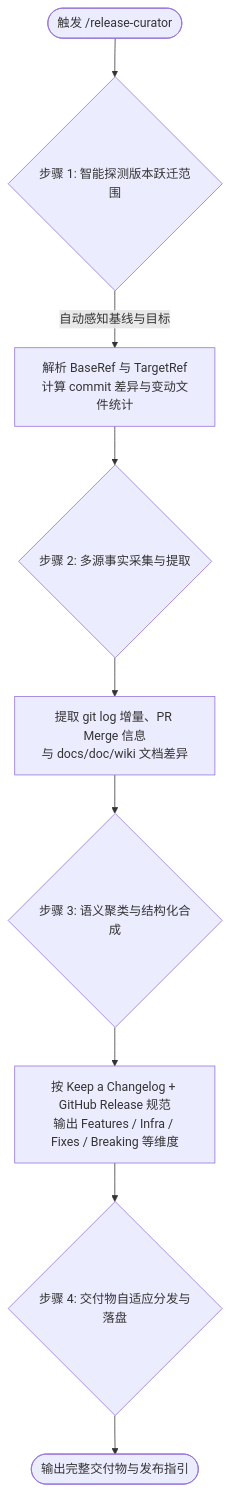
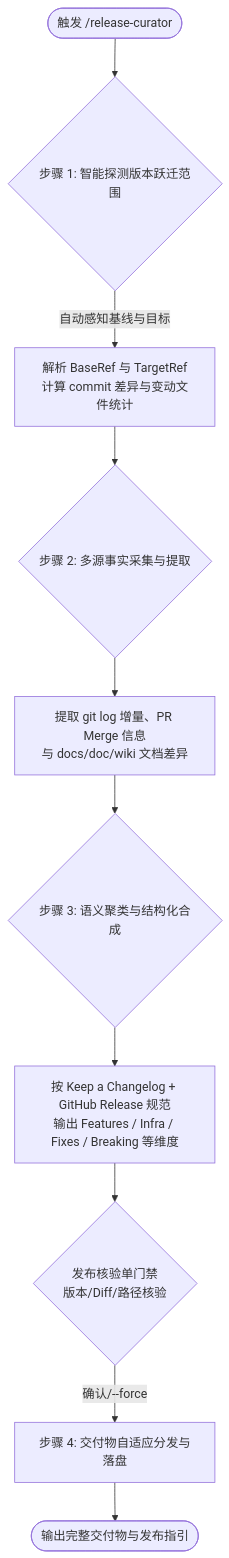
Before and after one commit to TREYWANGCQU/.gemini: the diagram in config/skills/release-curator/SKILL.md, drawn with Mermaid. The commit also changed other lines of this file and 11 other files, not shown here.

````diff
--- a/config/skills/release-curator/SKILL.md
+++ b/config/skills/release-curator/SKILL.md
@@ -23,11 +23,12 @@
 ```mermaid
 flowchart TD
     START([触发 /release-curator]) --> S1{步骤 1: 智能探测版本跃迁范围}
     S1 -- 自动感知基线与目标 --> S1_RESOLVE[解析 BaseRef 与 TargetRef<br/>计算 commit 差异与变动文件统计]
     S1_RESOLVE --> S2{步骤 2: 多源事实采集与提取}
     S2 --> S2_HARVEST[提取 git log 增量、PR Merge 信息<br/>与 docs/doc/wiki 文档差异]
     S2_HARVEST --> S3{步骤 3: 语义聚类与结构化合成}
     S3 --> S3_SYNTH[按 Keep a Changelog + GitHub Release 规范<br/>输出 Features / Infra / Fixes / Breaking 等维度]
-    S3_SYNTH --> S4{步骤 4: 交付物自适应分发与落盘}
+    S3_SYNTH --> S3_GATE{发布核验单门禁<br/>版本/Diff/路径核验}
+    S3_GATE -->|确认/--force| S4[步骤 4: 交付物自适应分发与落盘]
     S4 --> DONE([输出完整交付物与发布指引])
 ```
````
